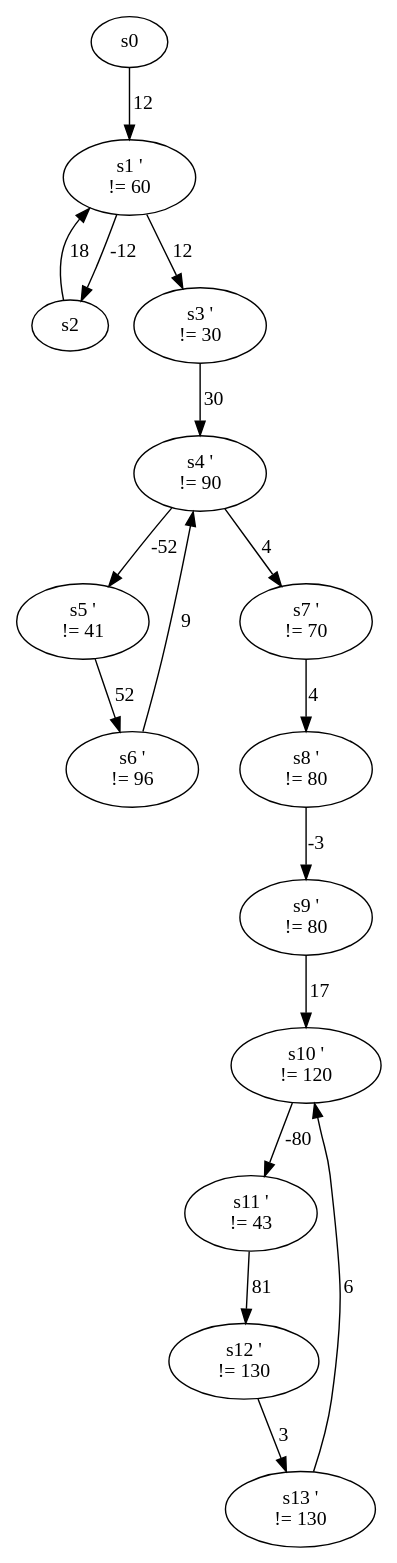
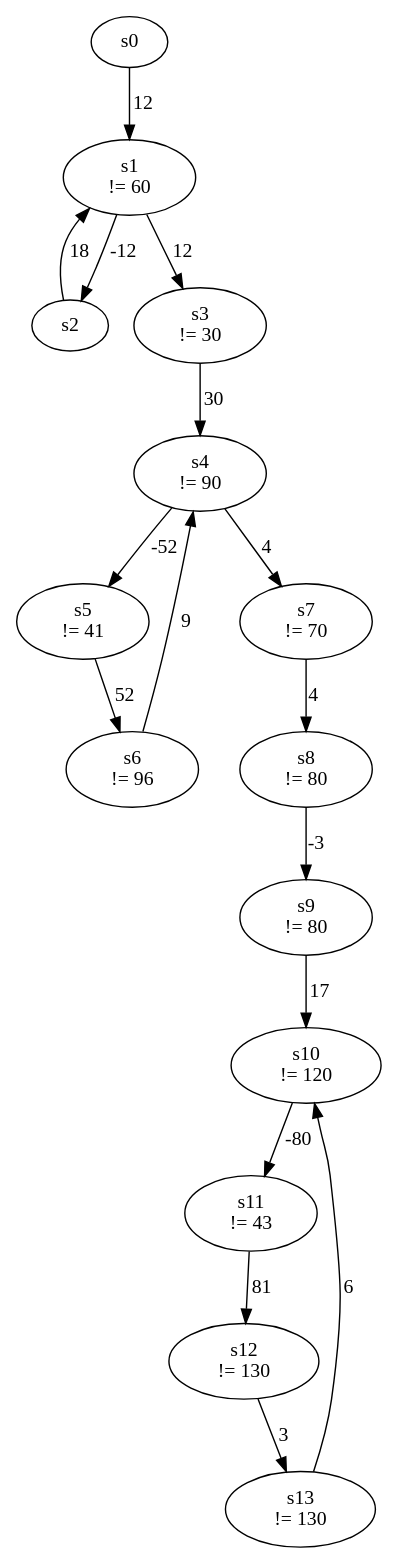
Before and after one commit to QuentinDeHaes/Unboundedness-for-1-VASS: the diagram in dot.dot, drawn with Graphviz. The commit also changed 3 other files, not shown here.

```diff
--- a/dot.dot
+++ b/dot.dot
@@ -1,32 +1,32 @@
 digraph G {
   "s0"[label = " s0 "]
-  "s1"[label = " s1 '\n != 60 "]
+  "s1"[label = " s1 \n != 60 "]
     s0 -> s1 [label = 12]
   "s2"[label = " s2 "]
     s1 -> s2 [label = -12]
-  "s3"[label = " s3 '\n != 30 "]
+  "s3"[label = " s3 \n != 30 "]
     s1 -> s3 [label = 12]
     s2 -> s1 [label = 18]
-  "s4"[label = " s4 '\n != 90 "]
+  "s4"[label = " s4 \n != 90 "]
     s3 -> s4 [label = 30]
-  "s5"[label = " s5 '\n != 41 "]
+  "s5"[label = " s5 \n != 41 "]
     s4 -> s5 [label = -52]
-  "s7"[label = " s7 '\n != 70 "]
+  "s7"[label = " s7 \n != 70 "]
     s4 -> s7 [label = 4]
-  "s6"[label = " s6 '\n != 96 "]
+  "s6"[label = " s6 \n != 96 "]
     s5 -> s6 [label = 52]
-  "s8"[label = " s8 '\n != 80 "]
+  "s8"[label = " s8 \n != 80 "]
     s7 -> s8 [label = 4]
     s6 -> s4 [label = 9]
-  "s9"[label = " s9 '\n != 80 "]
+  "s9"[label = " s9 \n != 80 "]
     s8 -> s9 [label = -3]
-  "s10"[label = " s10 '\n != 120 "]
+  "s10"[label = " s10 \n != 120 "]
     s9 -> s10 [label = 17]
-  "s11"[label = " s11 '\n != 43 "]
+  "s11"[label = " s11 \n != 43 "]
     s10 -> s11 [label = -80]
-  "s12"[label = " s12 '\n != 130 "]
+  "s12"[label = " s12 \n != 130 "]
     s11 -> s12 [label = 81]
-  "s13"[label = " s13 '\n != 130 "]
+  "s13"[label = " s13 \n != 130 "]
     s12 -> s13 [label = 3]
     s13 -> s10 [label = 6]
 }
```
